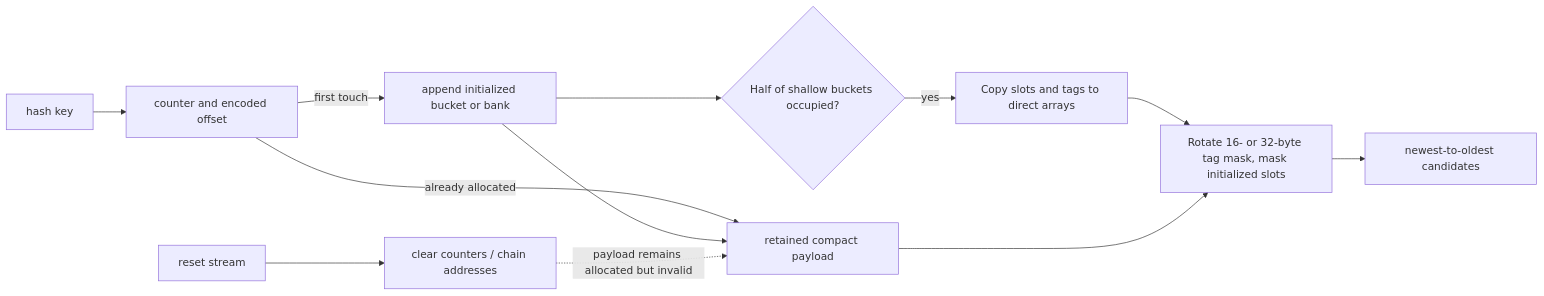
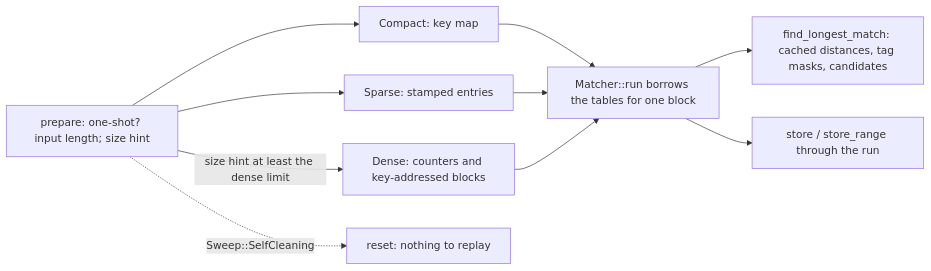
Before and after one commit to Mnwa/mbrotli: the third of 11 diagrams in architecture/greedy-encoder.md, drawn with Mermaid. The commit also changed other lines of this file and 15 other files, not shown here.

````diff
--- a/architecture/greedy-encoder.md
+++ b/architecture/greedy-encoder.md
@@ -239,14 +255,12 @@
 ```mermaid
 flowchart LR
-    hash[hash key] --> directory[counter and encoded offset]
-    directory -->|first touch| activate[append initialized bucket or bank]
-    directory -->|already allocated| payload[retained compact payload]
-    activate --> payload
-    activate --> occupied{Half of shallow buckets occupied?}
-    occupied -->|yes| dense[Copy slots and tags to direct arrays]
-    dense --> tags[Rotate 16- or 32-byte tag mask, mask initialized slots]
-    payload --> tags
-    tags --> candidates[newest-to-oldest candidates]
-    reset[reset stream] --> validity[clear counters / chain addresses]
-    validity -.->|payload remains allocated but invalid| payload
+    prepare[prepare: one-shot? input length; size hint] --> compact[Compact: key map]
+    prepare --> sparse[Sparse: stamped entries]
+    prepare -->|size hint at least the dense limit| dense[Dense: counters and key-addressed blocks]
+    compact --> run[Matcher::run borrows the tables for one block]
+    sparse --> run
+    dense --> run
+    run --> search[find_longest_match: cached distances, tag masks, candidates]
+    run --> store[store / store_range through the run]
+    prepare -. Sweep::SelfCleaning .-> reset[reset: nothing to replay]
 ```
````
